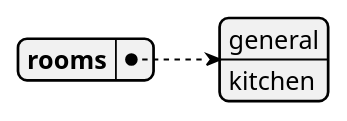
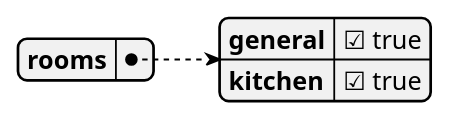
One commit to blueshed/dzql changed the diagram in uml/src/document-lobby.puml. Above: the diagram before and after it, drawn with PlantUML. The commit also changed 10 other files, not shown here.

```diff
--- a/uml/src/document-lobby.puml
+++ b/uml/src/document-lobby.puml
@@ -1,5 +1,5 @@
 @startjson
 {
-  "rooms": ["general", "kitchen"]
+  "rooms": { "general": true, "kitchen": true }
 }
 @endjson
```
